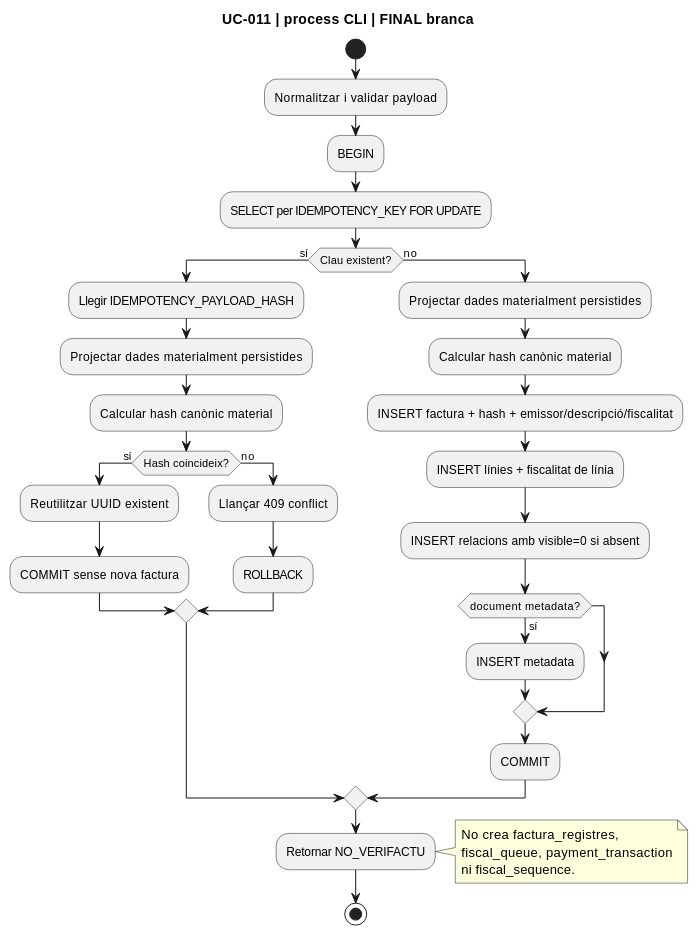
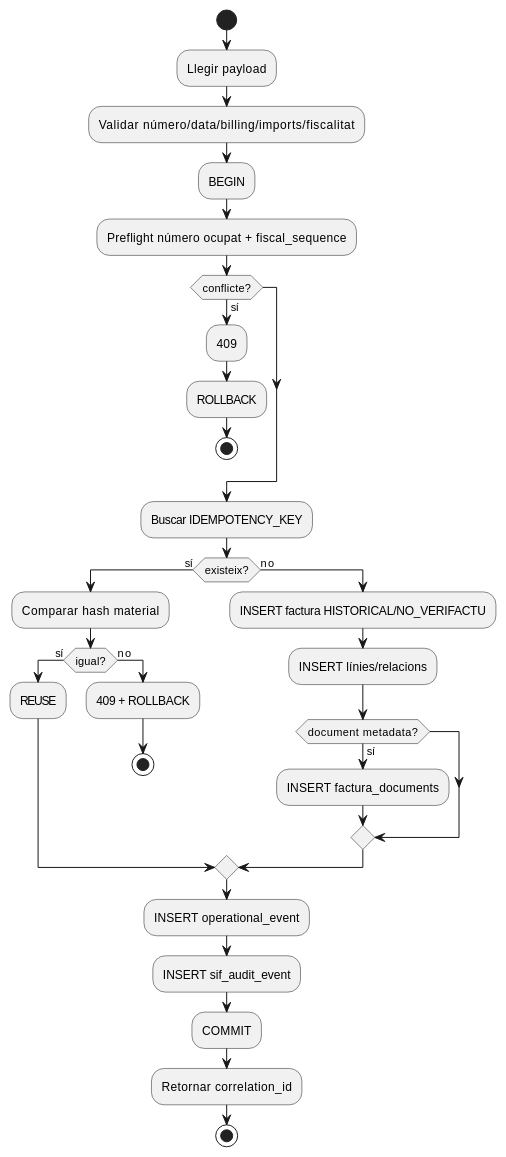
The third of 5 diagrams in documentacio/07-uml-integrat/uc-011-activitats-actual-final.md (orgmeriemprismacat-del/verifactu), drawn with PlantUML before and after one commit. The commit also changed other lines of this file, not shown here.

Commit message:
docs(UC-011): reconciliar estat FINAL, preflight i auditoria

```diff
--- a/documentacio/07-uml-integrat/uc-011-activitats-actual-final.md
+++ b/documentacio/07-uml-integrat/uc-011-activitats-actual-final.md
@@ -94,38 +43,35 @@
 ~~~plantuml
 @startuml
-title UC-011 | process CLI | FINAL branca
 start
-:Normalitzar i validar payload;
+:Llegir payload;
+:Validar número/data/billing/imports/fiscalitat;
 :BEGIN;
-:SELECT per IDEMPOTENCY_KEY FOR UPDATE;
-if (Clau existent?) then (sí)
-  :Llegir IDEMPOTENCY_PAYLOAD_HASH;
-  :Projectar dades materialment persistides;
-  :Calcular hash canònic material;
-  if (Hash coincideix?) then (sí)
-    :Reutilitzar UUID existent;
-    :COMMIT sense nova factura;
+:Preflight número ocupat + fiscal_sequence;
+if (conflicte?) then (sí)
+  :409;
+  :ROLLBACK;
+  stop
+endif
+:Buscar IDEMPOTENCY_KEY;
+if (existeix?) then (sí)
+  :Comparar hash material;
+  if (igual?) then (sí)
+    :REUSE;
   else (no)
-    :Llançar 409 conflict;
-    :ROLLBACK;
+    :409 + ROLLBACK;
+    stop
   endif
 else (no)
-  :Projectar dades materialment persistides;
-  :Calcular hash canònic material;
-  :INSERT factura + hash + emissor/descripció/fiscalitat;
-  :INSERT línies + fiscalitat de línia;
-  :INSERT relacions amb visible=0 si absent;
+  :INSERT factura HISTORICAL/NO_VERIFACTU;
+  :INSERT línies/relacions;
   if (document metadata?) then (sí)
-    :INSERT metadata;
+    :INSERT factura_documents;
   endif
-  :COMMIT;
 endif
-:Retornar NO_VERIFACTU;
-note right
-  No crea factura_registres,
-  fiscal_queue, payment_transaction
-  ni fiscal_sequence.
-end note
+:INSERT operational_event;
+:INSERT sif_audit_event;
+:COMMIT;
+:Retornar correlation_id;
 stop
 @enduml
 ~~~
```
